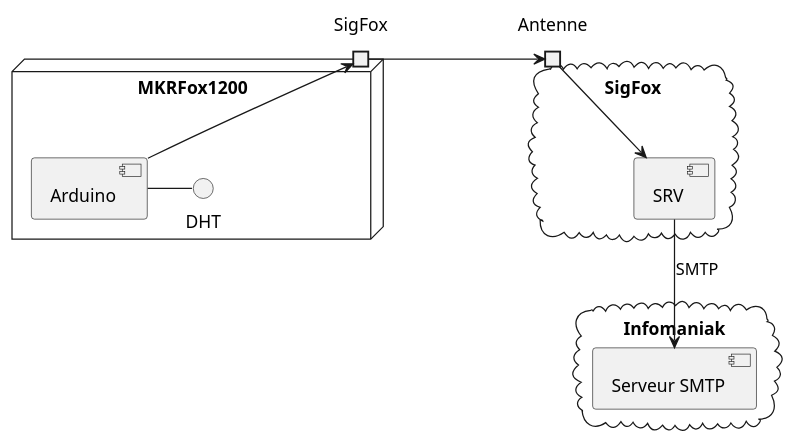
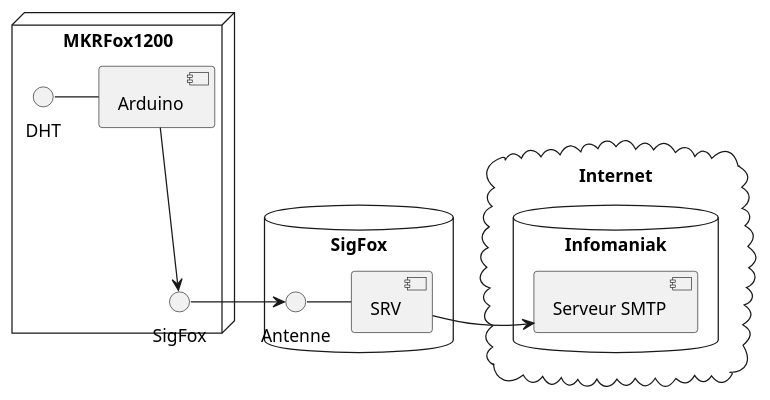
One commit to divtec-cejef/2023-cch-32-iot-arduino-drafolin changed the diagram in doc/images/mail.puml. Above: the diagram before and after it, drawn with PlantUML. The commit also changed 1 other file, not shown here.

```diff
--- a/doc/images/mail.puml
+++ b/doc/images/mail.puml
@@ -1,19 +1,22 @@
 @startuml MailScheme
 
 node MKRFox1200 {
-	port SigFox
-	[Arduino] -> SigFox
+	[Arduino]
 	DHT - [Arduino]
+	[Arduino] --> SigFox
 }
 
-cloud SigFox as SigFoxCloud {
-	portin Antenne
+database SigFox as SigFoxCloud {
 	SigFox -> Antenne
-	Antenne --> [SRV]
+	Antenne - [SRV]
 }
 
-cloud Infomaniak {
-	[SRV] --> [Serveur SMTP]: SMTP
+
+cloud Internet {
+	database Infomaniak {
+		[Serveur SMTP]
+	}
 }
 
+[SRV] -> [Serveur SMTP]
 @enduml
```
